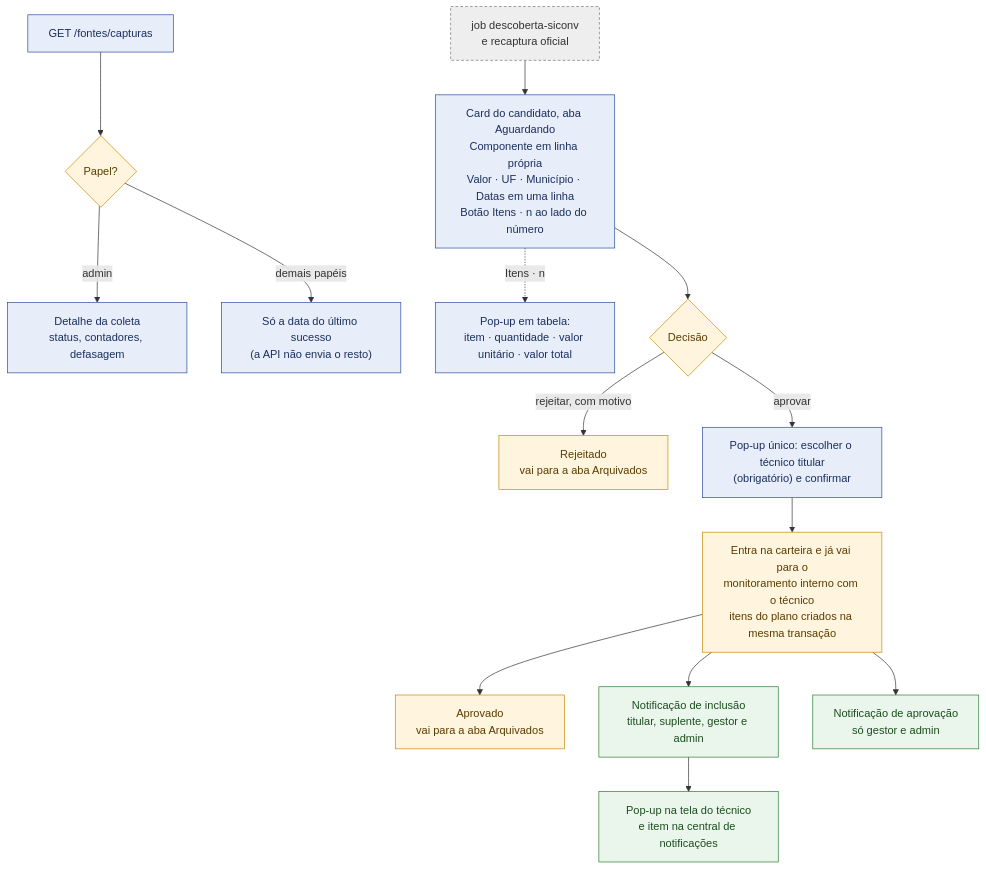
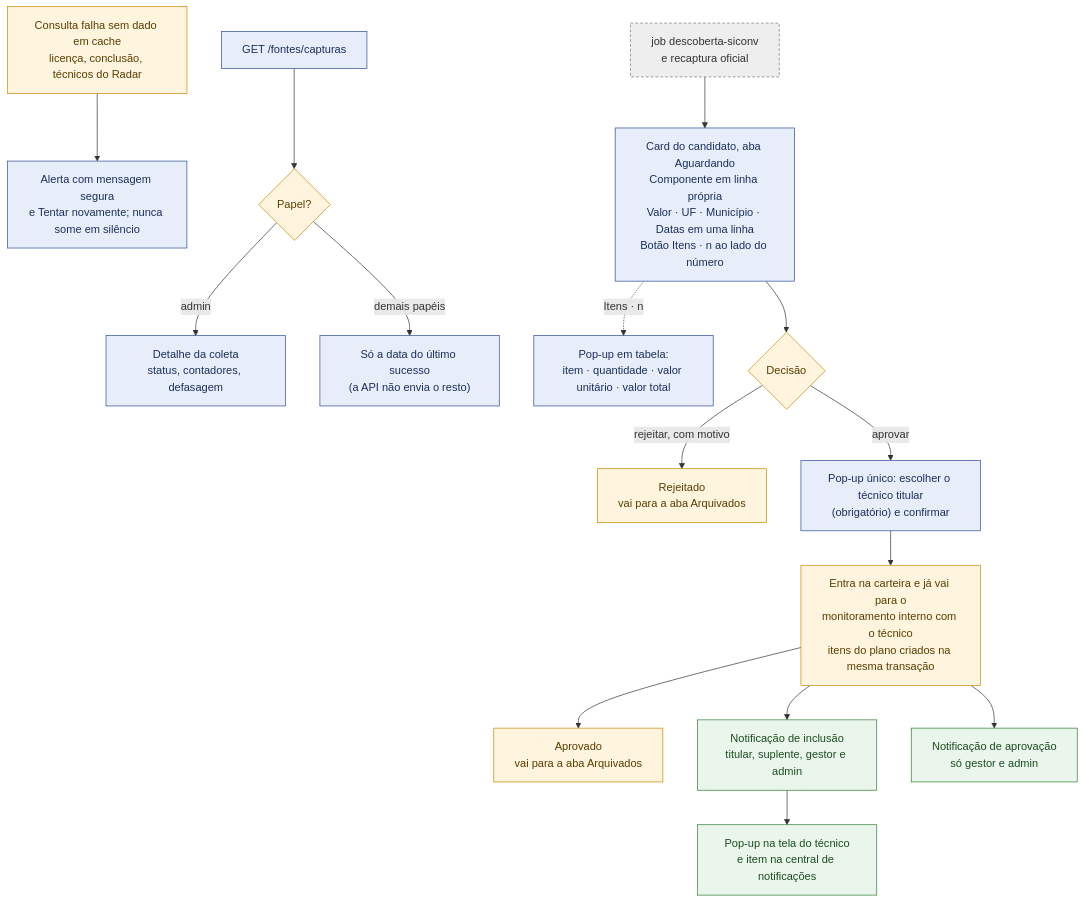
The tenth of 11 diagrams in docs/arquitetura/mapa-monitoramento-interno-2026-11-19.md (devs-ministerio/par_equipamentos), drawn with Mermaid before and after one commit. The commit also changed 9 other files, not shown here.

First line of the commit message:
fix(frontend): consulta que falha não esconde mais o controle

````diff
--- a/docs/arquitetura/mapa-monitoramento-interno-2026-11-19.md
+++ b/docs/arquitetura/mapa-monitoramento-interno-2026-11-19.md
@@ -311,21 +311,22 @@
 ```mermaid
 flowchart TB
     classDef job fill:#EEE,stroke:#777,color:#333,stroke-dasharray:4 3
     classDef tela fill:#E8EEF9,stroke:#2A4D9B,color:#1a2f5e
     classDef regra fill:#FFF4DD,stroke:#C98A00,color:#5a3d00
     classDef aviso fill:#EAF6EC,stroke:#2E7D32,color:#1b4d1e
 
+    ERRO["Consulta falha sem dado em cache<br/>licença, conclusão, técnicos do Radar"]:::regra --> RETRY["Alerta com mensagem segura<br/>e Tentar novamente; nunca some em silêncio"]:::tela
     FONTES["GET /fontes/capturas"]:::tela --> PAPEL{"Papel?"}:::regra
     PAPEL -->|"admin"| DET["Detalhe da coleta<br/>status, contadores, defasagem"]:::tela
     PAPEL -->|"demais papéis"| RESUMO["Só a data do último sucesso<br/>(a API não envia o resto)"]:::tela
     J["job descoberta-siconv<br/>e recaptura oficial"]:::job --> CARD["Card do candidato, aba Aguardando<br/>Componente em linha própria<br/>Valor · UF · Município · Datas em uma linha<br/>Botão Itens · n ao lado do número"]:::tela
     CARD -. "Itens · n" .-> TAB["Pop-up em tabela:<br/>item · quantidade · valor unitário · valor total"]:::tela
     CARD --> D{"Decisão"}:::regra
     D -->|"rejeitar, com motivo"| REJ["Rejeitado<br/>vai para a aba Arquivados"]:::regra
     D -->|"aprovar"| DLG["Pop-up único: escolher o técnico titular<br/>(obrigatório) e confirmar"]:::tela
     DLG --> MON["Entra na carteira e já vai para o<br/>monitoramento interno com o técnico<br/>itens do plano criados na mesma transação"]:::regra
     MON --> ARQ["Aprovado<br/>vai para a aba Arquivados"]:::regra
     MON --> N1["Notificação de inclusão<br/>titular, suplente, gestor e admin"]:::aviso
     N1 --> POP["Pop-up na tela do técnico<br/>e item na central de notificações"]:::aviso
     MON --> N2["Notificação de aprovação<br/>só gestor e admin"]:::aviso
 ```
````
